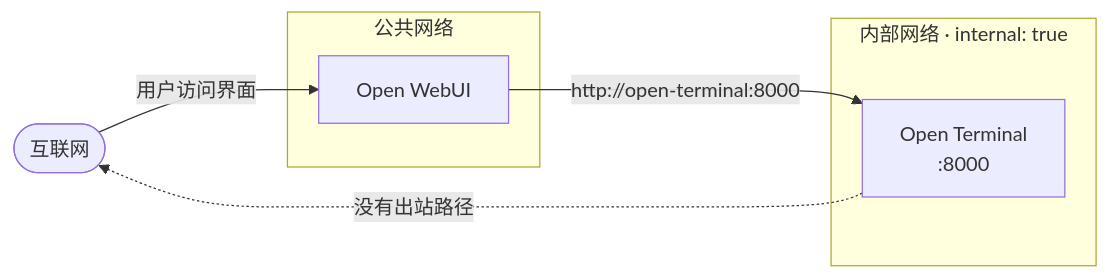
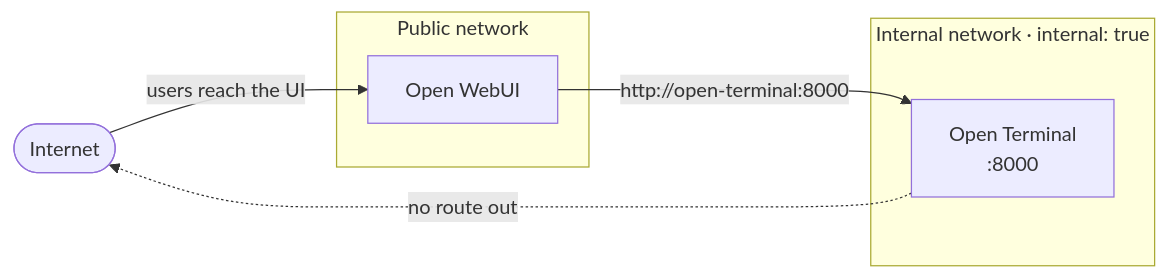
The second of 3 diagrams in zh-cn/docs/features/open-terminal/advanced/security.md (SMYQH/openwebuidocs), drawn with Mermaid before and after one commit. The commit also changed other lines of this file and 116 other files, not shown here.

````diff
--- a/zh-cn/docs/features/open-terminal/advanced/security.md
+++ b/zh-cn/docs/features/open-terminal/advanced/security.md
@@ -149,13 +149,13 @@
 ```mermaid
 flowchart LR
-    Internet(["互联网"])
-    subgraph Public["公共网络"]
+    Internet(["Internet"])
+    subgraph Public["Public network"]
         WebUI["Open WebUI"]
     end
-    subgraph Internal["内部网络 · internal: true"]
+    subgraph Internal["Internal network · internal: true"]
         Terminal["Open Terminal<br/>:8000"]
     end
-    Internet -->|"用户访问界面"| WebUI
+    Internet -->|"users reach the UI"| WebUI
     WebUI -->|"http://open-terminal:8000"| Terminal
-    Terminal -.->|"没有出站路径"| Internet
+    Terminal -.->|"no route out"| Internet
 ```
````
